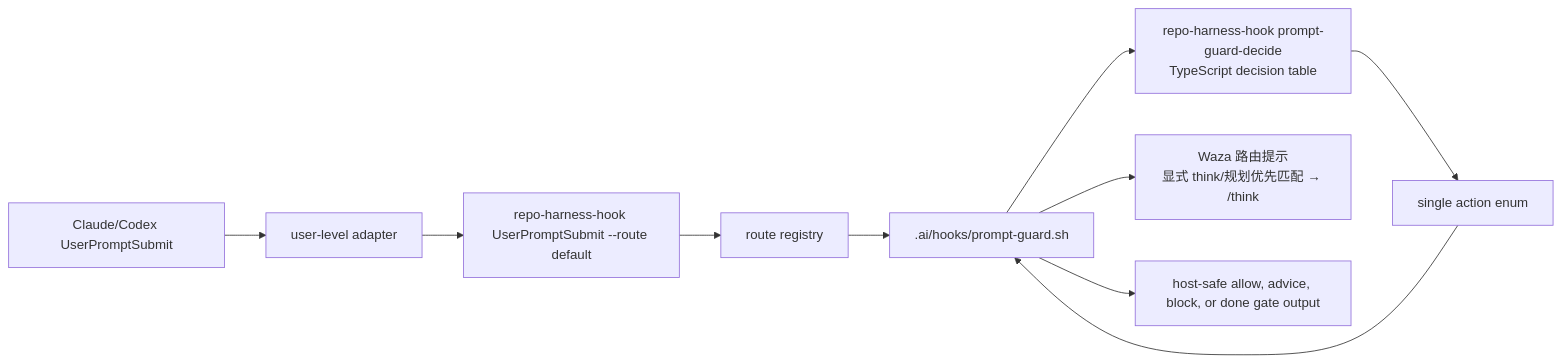
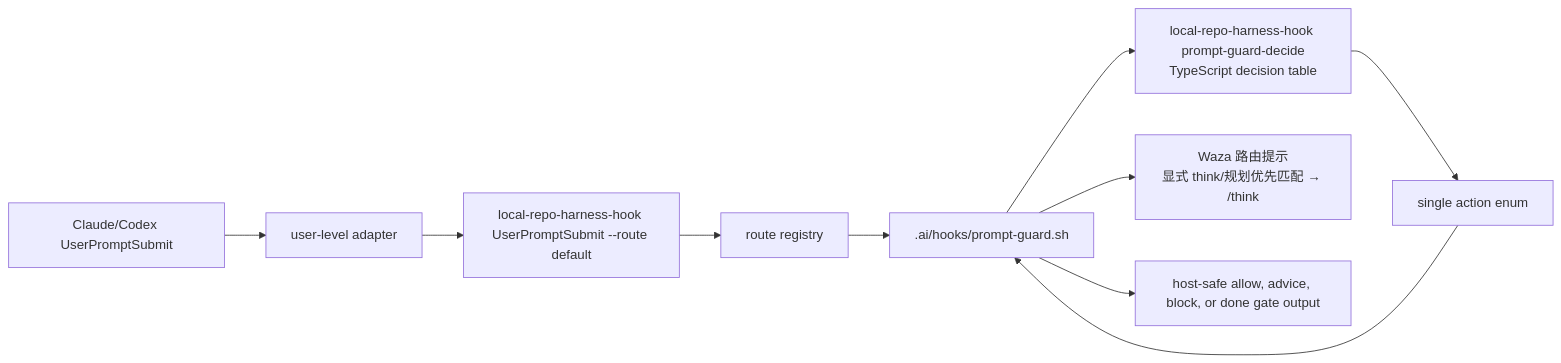
One commit to automann/local-repo-harness changed the third of 3 diagrams in README.zh-CN.md. Above: the diagram before and after it, drawn with Mermaid. The commit also changed other lines of this file and 91 other files, not shown here.

Commit message:
Remove legacy repo-harness CLI aliases

````diff
--- a/README.zh-CN.md
+++ b/README.zh-CN.md
@@ -395,12 +395,12 @@
 ```mermaid
 flowchart LR
   Host["Claude/Codex UserPromptSubmit"] --> Adapter["user-level adapter"]
-  Adapter --> CLI["repo-harness-hook UserPromptSubmit --route default"]
+  Adapter --> CLI["local-repo-harness-hook UserPromptSubmit --route default"]
   CLI --> Route["route registry"]
   Route --> Shell[".ai/hooks/prompt-guard.sh"]
-  Shell --> Decision["repo-harness-hook prompt-guard-decide<br/>TypeScript decision table"]
+  Shell --> Decision["local-repo-harness-hook prompt-guard-decide<br/>TypeScript decision table"]
   Decision --> Action["single action enum"]
   Action --> Shell
   Shell --> RouteHint["Waza 路由提示<br/>显式 think/规划优先匹配 → /think"]
   Shell --> HostOutput["host-safe allow, advice, block, or done gate output"]
 ```
````
